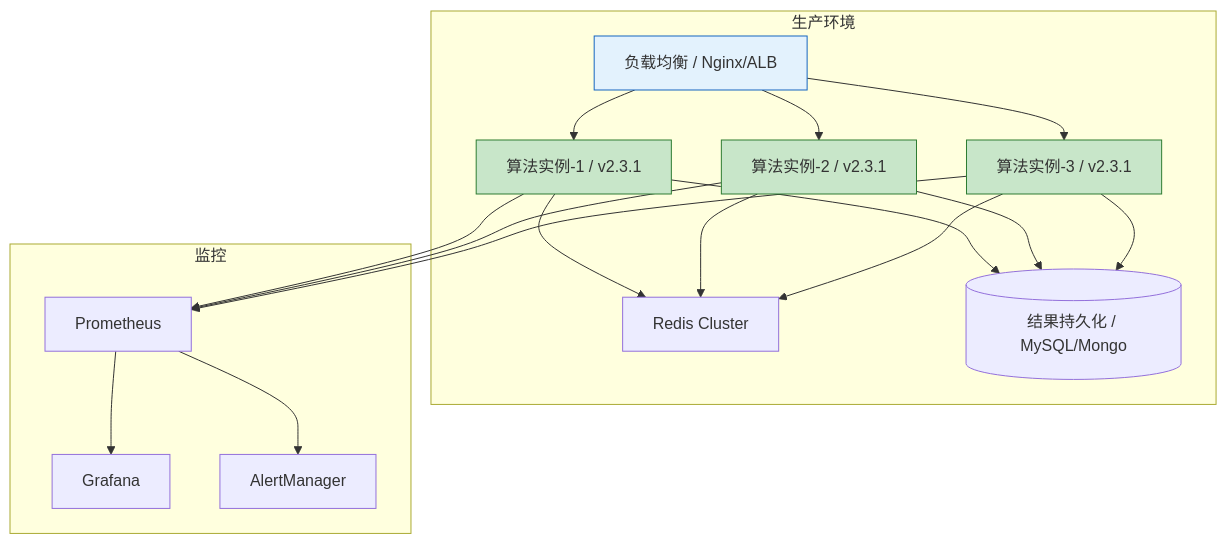
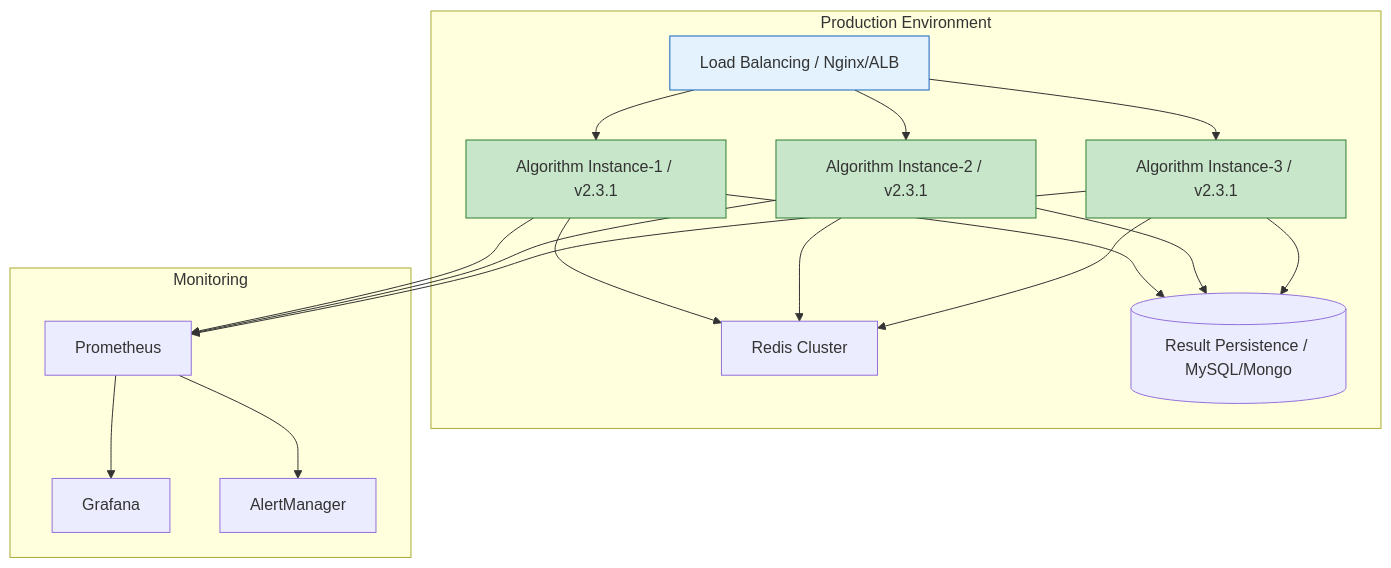
One commit to Kirky-X/cangjie changed the ninth of 10 diagrams in templates/产品/技术层/【模板】核心算法文档.md. Above: the diagram before and after it, drawn with Mermaid. The commit also changed other lines of this file and 60 other files, not shown here.

````diff
--- a/templates/产品/技术层/【模板】核心算法文档.md
+++ b/templates/产品/技术层/【模板】核心算法文档.md
@@ -850,38 +850,38 @@
 ```mermaid
 graph TB
-    subgraph 生产环境
-        LB[负载均衡 / Nginx/ALB]
-        S1[算法实例-1 / v2.3.1]
-        S2[算法实例-2 / v2.3.1]
-        S3[算法实例-3 / v2.3.1]
+    subgraph Production Environment
+        LB[Load Balancing / Nginx/ALB]
+        S1[Algorithm Instance-1 / v2.3.1]
+        S2[Algorithm Instance-2 / v2.3.1]
+        S3[Algorithm Instance-3 / v2.3.1]
         Cache[Redis Cluster]
-        DB[(结果持久化 / MySQL/Mongo)]
+        DB[(Result Persistence / MySQL/Mongo)]
     end
 
-    subgraph 监控
+    subgraph Monitoring
         Prom[Prometheus]
         Graf[Grafana]
         Alert[AlertManager]
     end
 
     LB --> S1
     LB --> S2
     LB --> S3
     S1 --> Cache
     S2 --> Cache
     S3 --> Cache
     S1 --> DB
     S2 --> DB
     S3 --> DB
 
     S1 --> Prom
     S2 --> Prom
     S3 --> Prom
     Prom --> Graf
     Prom --> Alert
 
     style LB fill:#e3f2fd,stroke:#1565c0
     style S1 fill:#c8e6c9,stroke:#2e7d32
     style S2 fill:#c8e6c9,stroke:#2e7d32
     style S3 fill:#c8e6c9,stroke:#2e7d32
 ```
````
